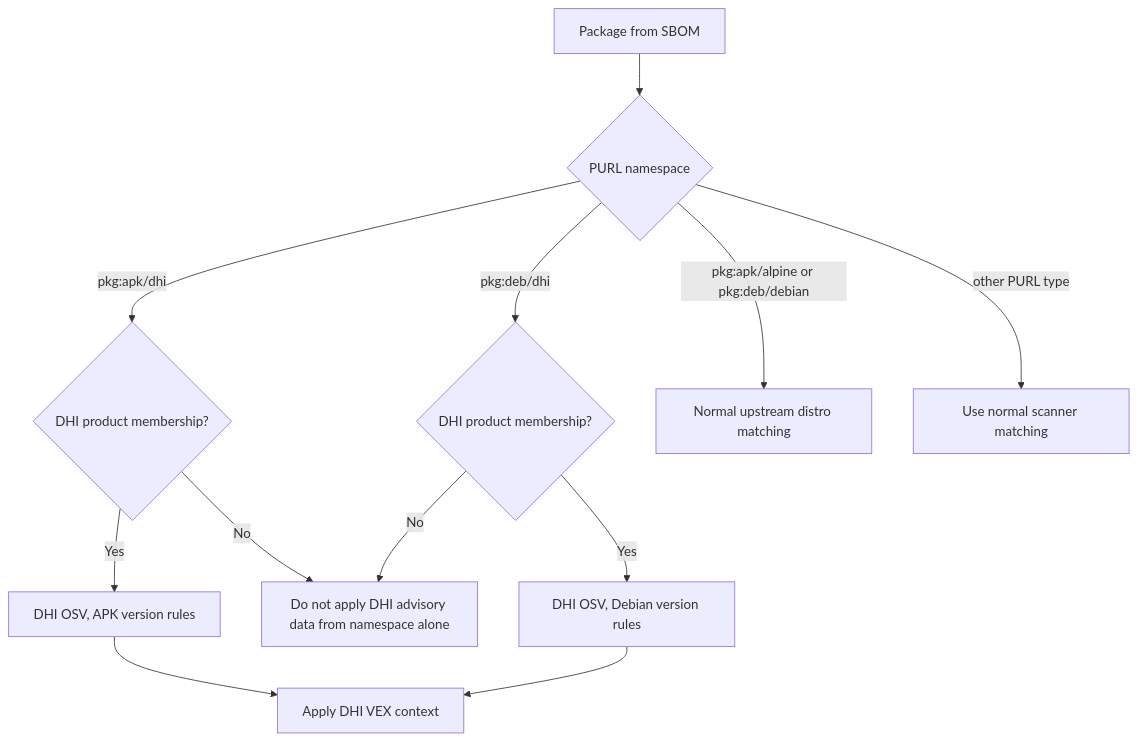
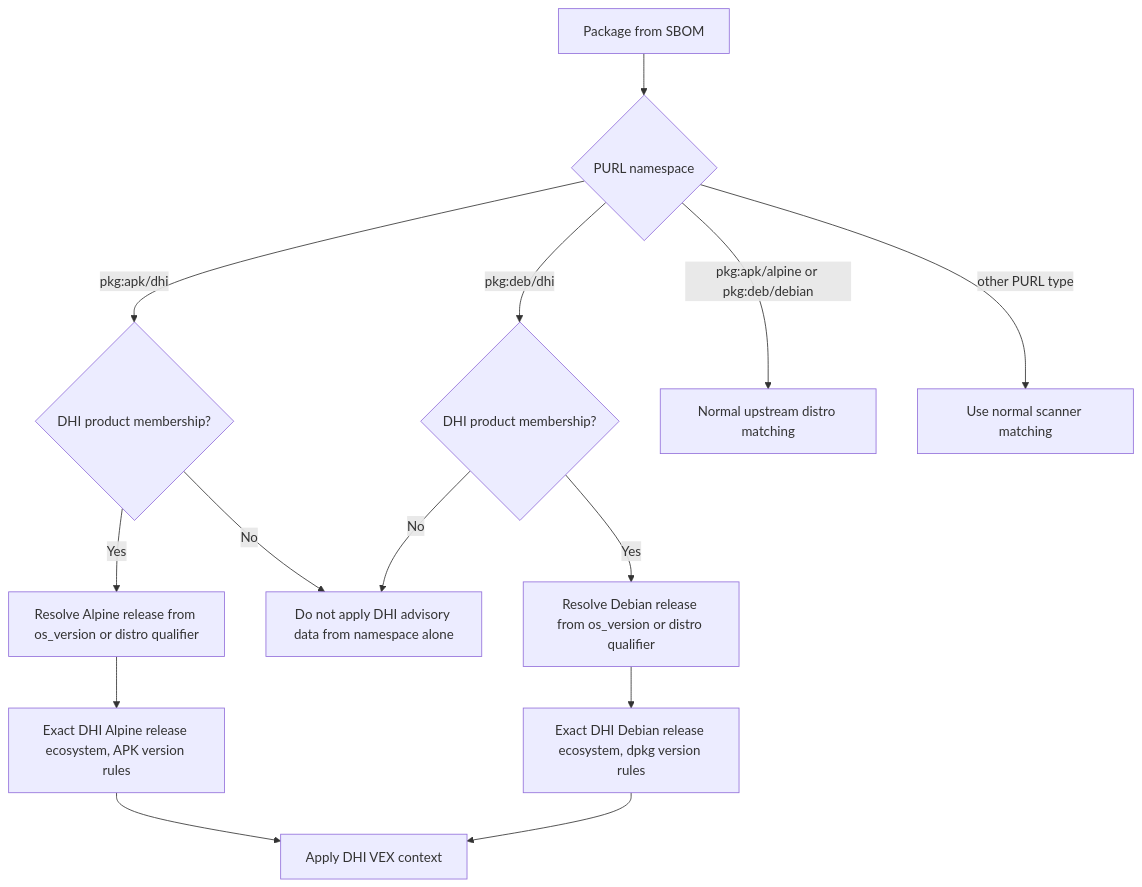
The second of 4 diagrams in integration/upcoming-id-dhi/docs/decision-trees.md (docker-hardened-images/advisories), drawn with Mermaid before and after one commit. The commit also changed other lines of this file and 10 other files, not shown here.

Commit message:
docs: scope DHI OSV ecosystems by release

````diff
--- a/integration/upcoming-id-dhi/docs/decision-trees.md
+++ b/integration/upcoming-id-dhi/docs/decision-trees.md
@@ -18,14 +18,16 @@
 ```mermaid
 flowchart TD
   A[Package from SBOM] --> B{PURL namespace}
   B -->|pkg:apk/dhi| C{DHI product membership?}
   B -->|pkg:deb/dhi| D{DHI product membership?}
   B -->|pkg:apk/alpine or pkg:deb/debian| E[Normal upstream distro matching]
   B -->|other PURL type| F[Use normal scanner matching]
-  C -->|Yes| G[DHI OSV, APK version rules]
+  C -->|Yes| K[Resolve Alpine release from os_version or distro qualifier]
   C -->|No| J[Do not apply DHI advisory data from namespace alone]
-  D -->|Yes| H[DHI OSV, Debian version rules]
+  D -->|Yes| L[Resolve Debian release from os_version or distro qualifier]
   D -->|No| J
+  K --> G[Exact DHI Alpine release ecosystem, APK version rules]
+  L --> H[Exact DHI Debian release ecosystem, dpkg version rules]
   G --> I[Apply DHI VEX context]
   H --> I
 ```
````
